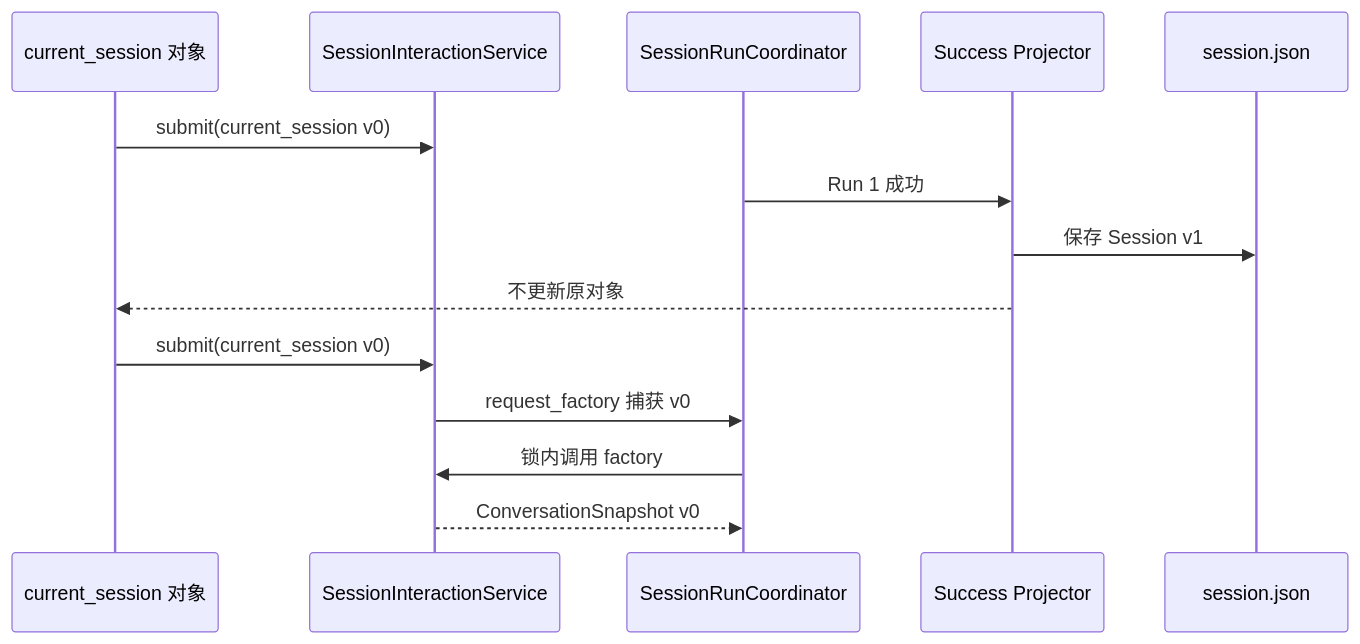
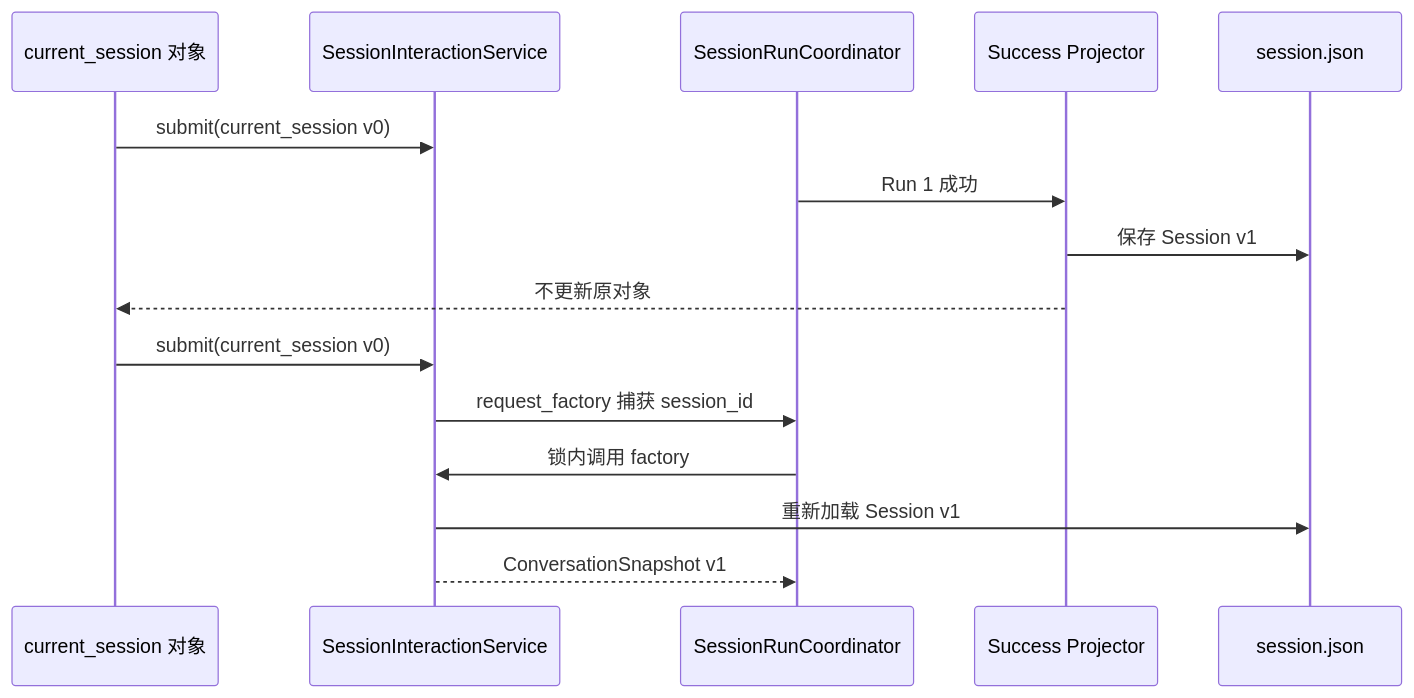
Before and after one commit to aandbcct/dotClaw: diagram 21 of 22 in docs/wiki/Session 模块总体说明.md, drawn with Mermaid. The commit also changed other lines of this file and 6 other files, not shown here.

````diff
--- a/docs/wiki/Session 模块总体说明.md
+++ b/docs/wiki/Session 模块总体说明.md
@@ -1941,18 +1930,19 @@
 ```mermaid
 sequenceDiagram
     participant CLI as current_session 对象
     participant Entry as SessionInteractionService
     participant Coord as SessionRunCoordinator
     participant Projector as Success Projector
     participant Disk as session.json
 
     CLI->>Entry: submit(current_session v0)
     Coord->>Projector: Run 1 成功
     Projector->>Disk: 保存 Session v1
     Projector-->>CLI: 不更新原对象
 
     CLI->>Entry: submit(current_session v0)
-    Entry->>Coord: request_factory 捕获 v0
+    Entry->>Coord: request_factory 捕获 session_id
     Coord->>Entry: 锁内调用 factory
-    Entry-->>Coord: ConversationSnapshot v0
+    Entry->>Disk: 重新加载 Session v1
+    Entry-->>Coord: ConversationSnapshot v1
 ```
````
